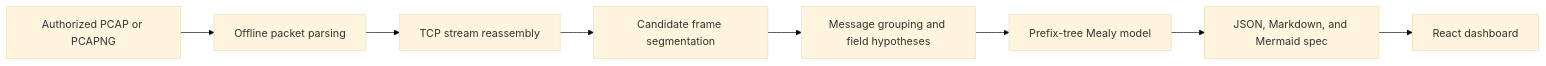
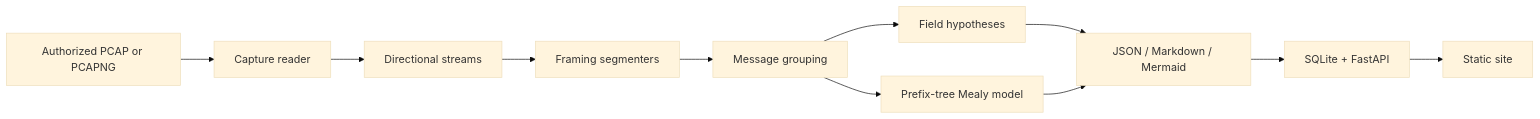
Before and after one commit to nihalmachhi/ProtoMind: the diagram in README.md, drawn with Mermaid (base theme). The commit also changed other lines of this file and 58 other files, not shown here.

````diff
--- a/README.md
+++ b/README.md
@@ -15,10 +60,13 @@
 ```mermaid
 flowchart LR
-  A[Authorized PCAP or PCAPNG] --> B[Offline packet parsing]
-  B --> C[TCP stream reassembly]
-  C --> D[Candidate frame segmentation]
-  D --> E[Message grouping and field hypotheses]
-  E --> F[Prefix-tree Mealy model]
-  F --> G[JSON, Markdown, and Mermaid spec]
-  G --> H[React dashboard]
+  A[Authorized PCAP or PCAPNG] --> B[Capture reader]
+  B --> C[Directional streams]
+  C --> D[Framing segmenters]
+  D --> E[Message grouping]
+  E --> F[Field hypotheses]
+  E --> G[Prefix-tree Mealy model]
+  F --> H[JSON / Markdown / Mermaid]
+  G --> H
+  H --> I[SQLite + FastAPI]
+  I --> J[Static site]
 ```
````
